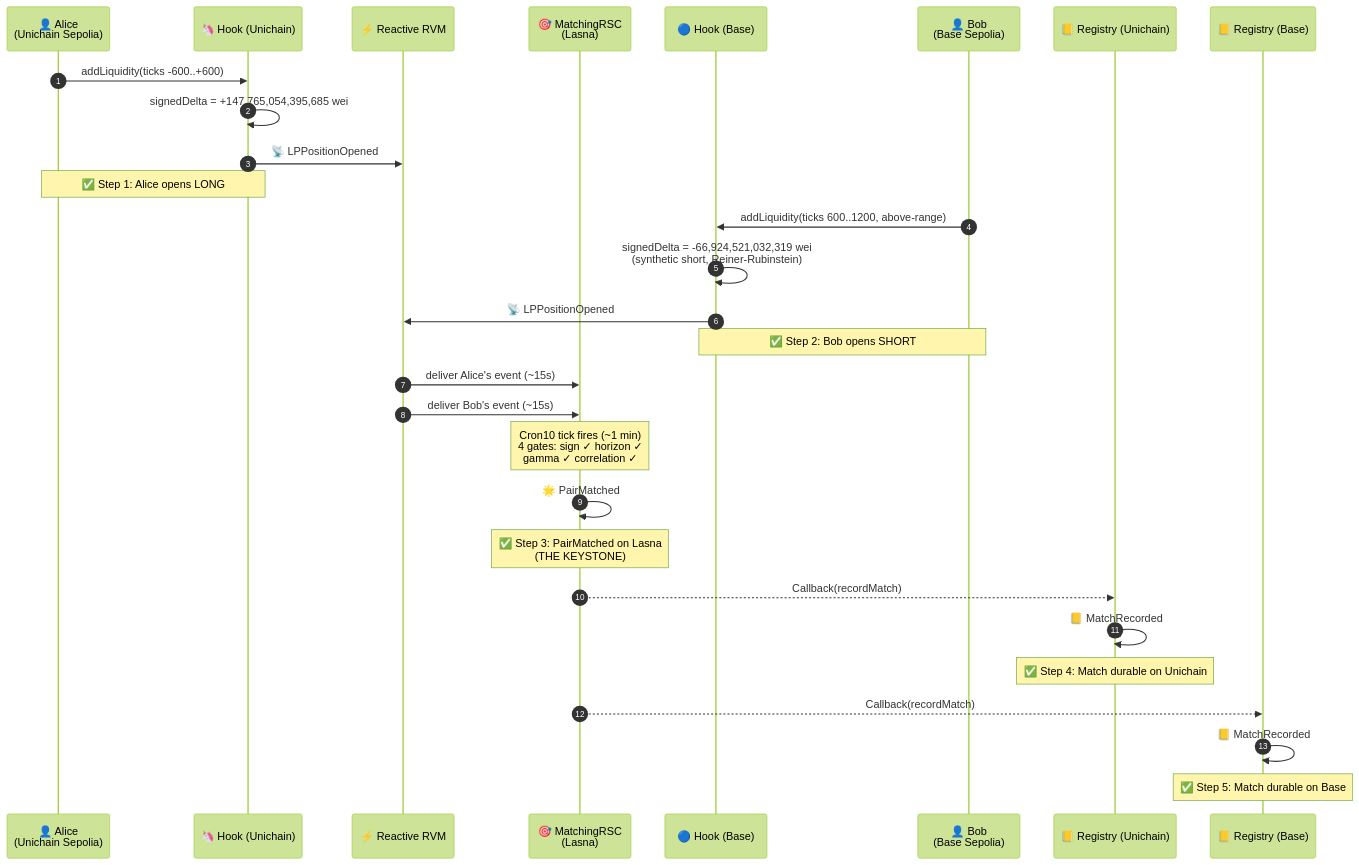
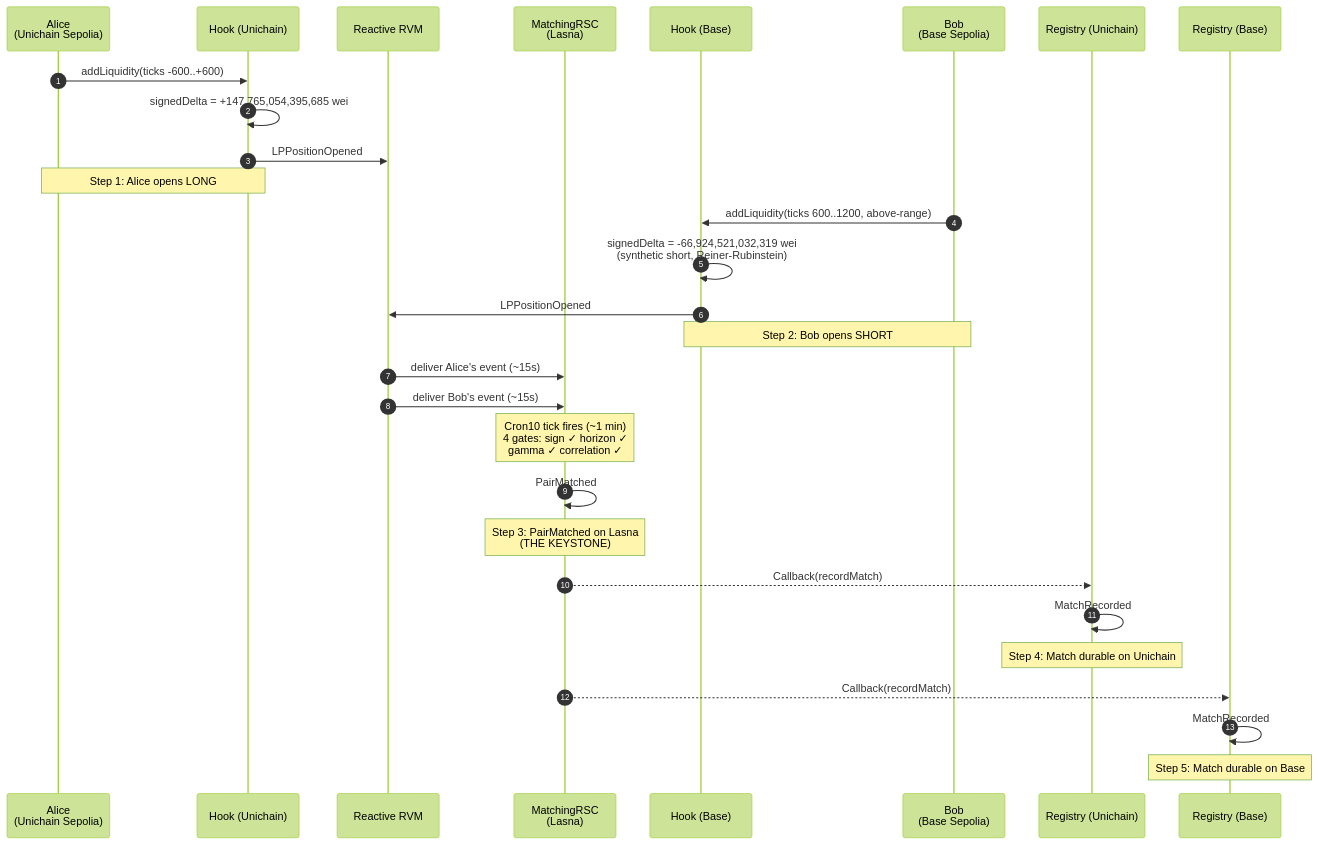
One commit to jmakwana0x1/UHI-Project changed the second of 2 diagrams in README.md. Above: the diagram before and after it, drawn with Mermaid (forest theme). The commit also changed other lines of this file, not shown here.

````diff
--- a/README.md
+++ b/README.md
@@ -278,38 +278,38 @@
 ```mermaid
 sequenceDiagram
     autonumber
-    participant Alice as 👤 Alice<br/>(Unichain Sepolia)
-    participant HookU as 🦄 Hook (Unichain)
-    participant RVM as ⚡ Reactive RVM
-    participant MRSC as 🎯 MatchingRSC<br/>(Lasna)
-    participant HookB as 🔵 Hook (Base)
-    participant Bob as 👤 Bob<br/>(Base Sepolia)
-    participant RegU as 📒 Registry (Unichain)
-    participant RegB as 📒 Registry (Base)
+    participant Alice as Alice<br/>(Unichain Sepolia)
+    participant HookU as Hook (Unichain)
+    participant RVM as Reactive RVM
+    participant MRSC as MatchingRSC<br/>(Lasna)
+    participant HookB as Hook (Base)
+    participant Bob as Bob<br/>(Base Sepolia)
+    participant RegU as Registry (Unichain)
+    participant RegB as Registry (Base)
 
     Alice->>HookU: addLiquidity(ticks -600..+600)
     HookU->>HookU: signedDelta = +147,765,054,395,685 wei
-    HookU->>RVM: 📡 LPPositionOpened
-    Note over Alice,HookU: ✅ Step 1: Alice opens LONG
+    HookU->>RVM: LPPositionOpened
+    Note over Alice,HookU: Step 1: Alice opens LONG
 
     Bob->>HookB: addLiquidity(ticks 600..1200, above-range)
     HookB->>HookB: signedDelta = -66,924,521,032,319 wei<br/>(synthetic short, Reiner-Rubinstein)
-    HookB->>RVM: 📡 LPPositionOpened
-    Note over Bob,HookB: ✅ Step 2: Bob opens SHORT
+    HookB->>RVM: LPPositionOpened
+    Note over Bob,HookB: Step 2: Bob opens SHORT
 
     RVM->>MRSC: deliver Alice's event (~15s)
     RVM->>MRSC: deliver Bob's event (~15s)
 
     Note over MRSC: Cron10 tick fires (~1 min)<br/>4 gates: sign ✓ horizon ✓<br/>gamma ✓ correlation ✓
 
-    MRSC->>MRSC: 🌟 PairMatched
-    Note over MRSC: ✅ Step 3: PairMatched on Lasna<br/>(THE KEYSTONE)
+    MRSC->>MRSC: PairMatched
+    Note over MRSC: Step 3: PairMatched on Lasna<br/>(THE KEYSTONE)
 
     MRSC-->>RegU: Callback(recordMatch)
-    RegU->>RegU: 📒 MatchRecorded
-    Note over RegU: ✅ Step 4: Match durable on Unichain
+    RegU->>RegU: MatchRecorded
+    Note over RegU: Step 4: Match durable on Unichain
 
     MRSC-->>RegB: Callback(recordMatch)
-    RegB->>RegB: 📒 MatchRecorded
-    Note over RegB: ✅ Step 5: Match durable on Base
+    RegB->>RegB: MatchRecorded
+    Note over RegB: Step 5: Match durable on Base
 ```
````
